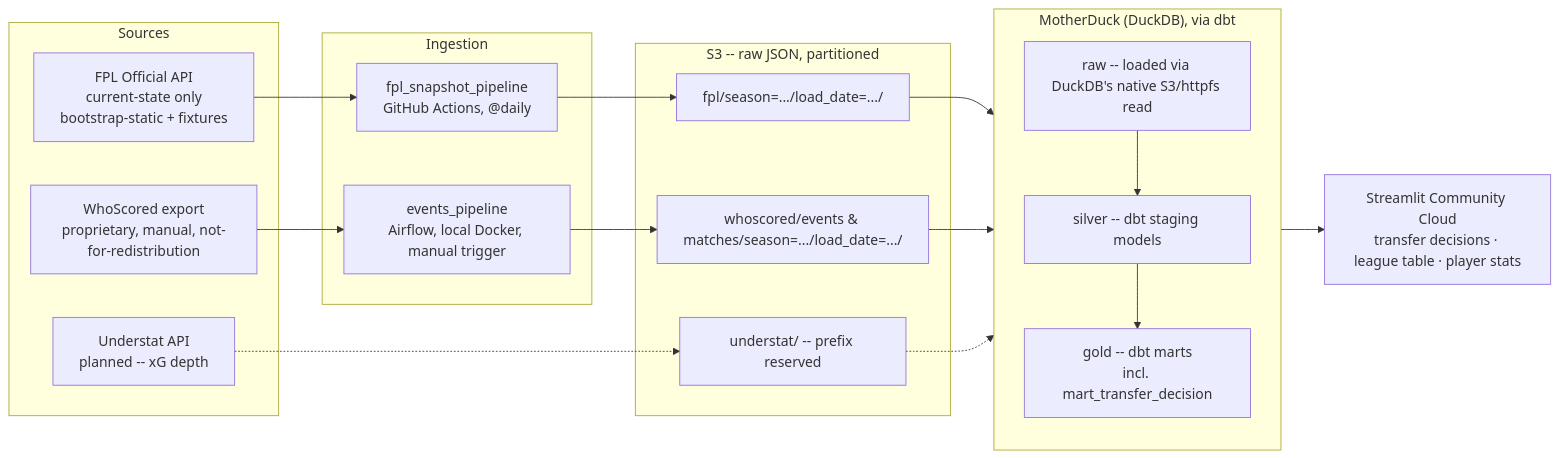
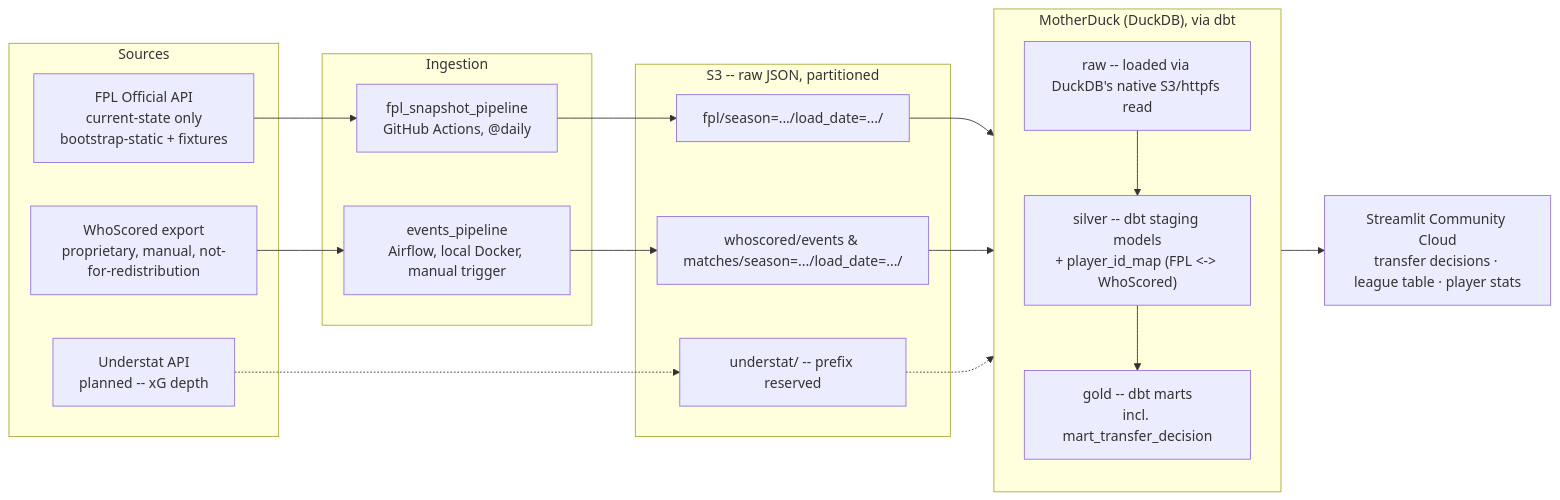
The diagram in docs/architecture.md (liban-osman/premier-league), drawn with Mermaid before and after one commit. The commit also changed other lines of this file and 10 other files, not shown here.

First line of the commit message:
feat: WhoScored staging models + FPL-WhoScored player id mapping

````diff
--- a/docs/architecture.md
+++ b/docs/architecture.md
@@ -10,31 +10,31 @@
 ```mermaid
 flowchart LR
     subgraph Sources
         FPL["FPL Official API<br/>current-state only<br/>bootstrap-static + fixtures"]
         WS["WhoScored export<br/>proprietary, manual, not-for-redistribution"]
         US["Understat API<br/>planned -- xG depth"]
     end
 
     subgraph Ingestion["Ingestion"]
         FPL_TASK["fpl_snapshot_pipeline<br/>GitHub Actions, @daily"]
         WS_TASK["events_pipeline<br/>Airflow, local Docker, manual trigger"]
     end
 
     subgraph Landing["S3 -- raw JSON, partitioned"]
         S3_FPL["fpl/season=.../load_date=.../"]
         S3_WS["whoscored/events & matches/season=.../load_date=.../"]
         S3_US["understat/ -- prefix reserved"]
     end
 
     subgraph Warehouse["MotherDuck (DuckDB), via dbt"]
         direction TB
-        RAW["raw -- loaded via DuckDB's native S3/httpfs read"] --> SILVER["silver -- dbt staging models"] --> GOLD["gold -- dbt marts<br/>incl. mart_transfer_decision"]
+        RAW["raw -- loaded via DuckDB's native S3/httpfs read"] --> SILVER["silver -- dbt staging models<br/>+ player_id_map (FPL <-> WhoScored)"] --> GOLD["gold -- dbt marts<br/>incl. mart_transfer_decision"]
     end
 
     Consumption["Streamlit Community Cloud<br/>transfer decisions · league table · player stats"]
 
     FPL --> FPL_TASK --> S3_FPL --> RAW
     WS --> WS_TASK --> S3_WS --> RAW
     US -.-> S3_US -.-> RAW
     GOLD --> Consumption
 ```
````
